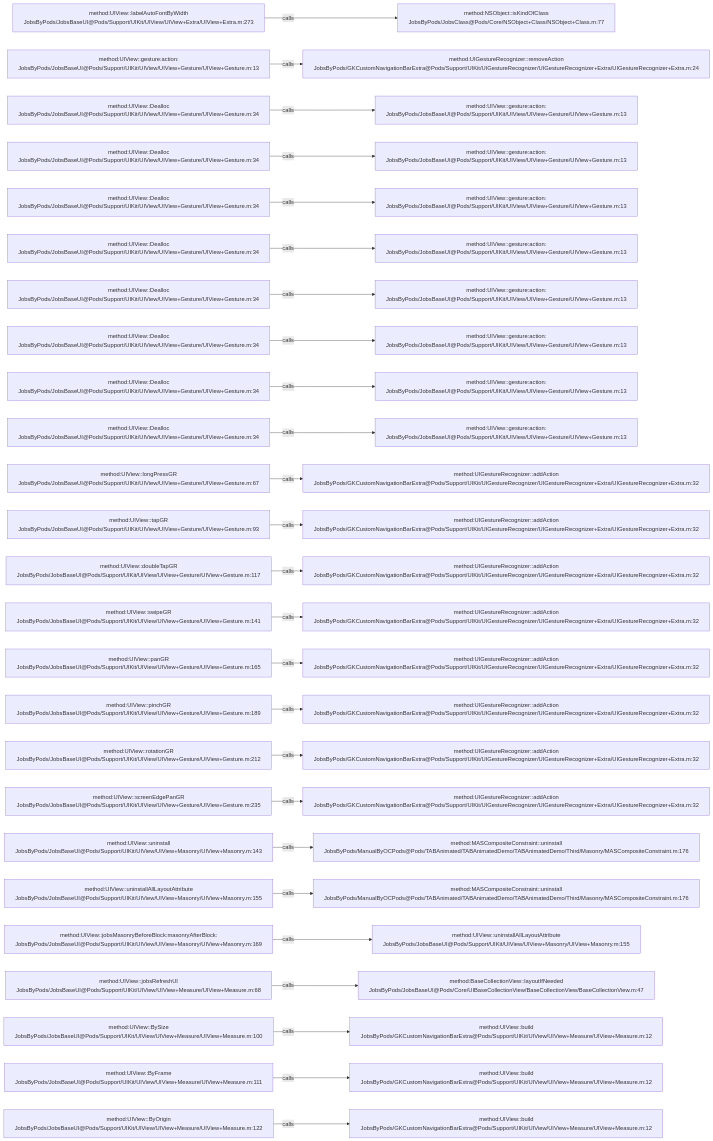
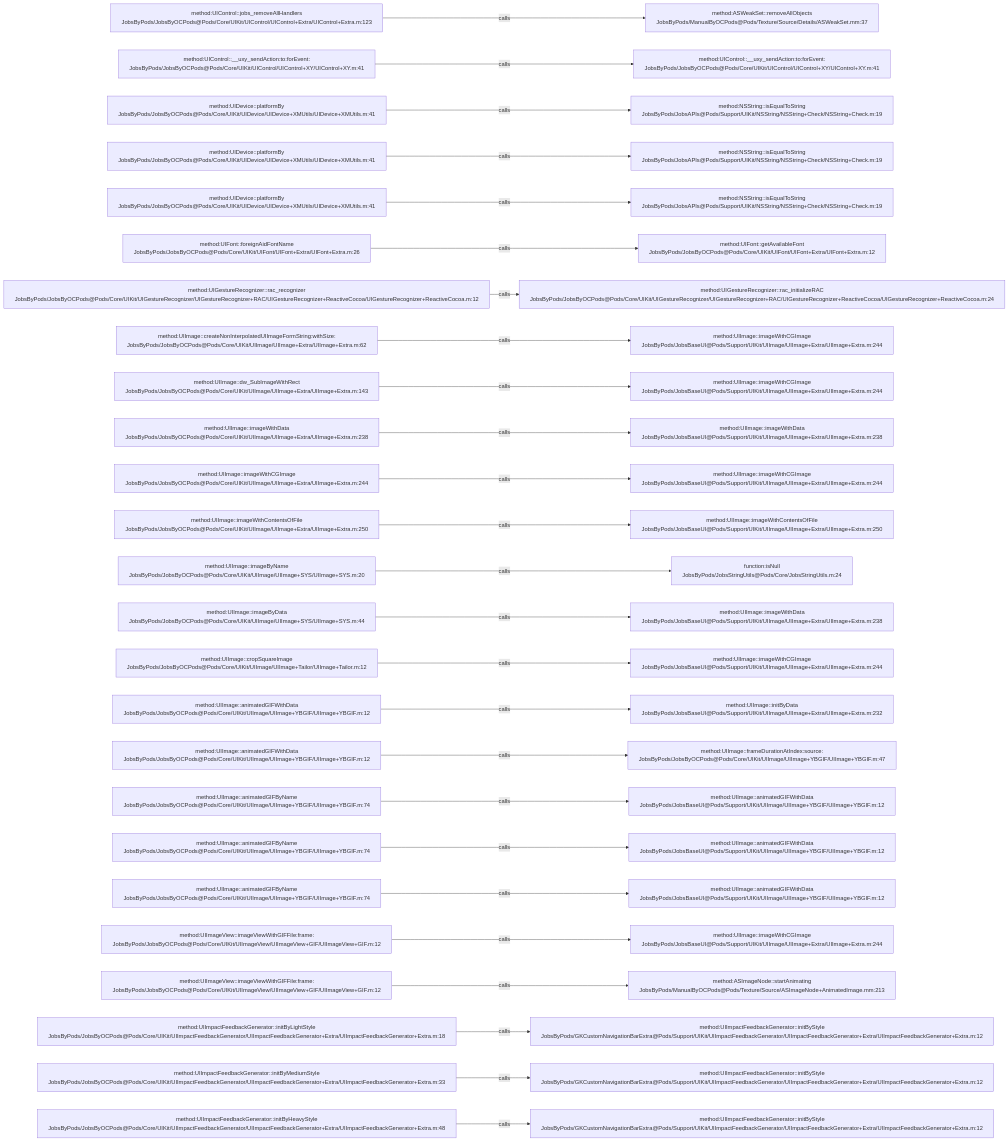
The diagram in .codegraph/codegraph.md/graphs/calls-061.md (JobsKits/JobsOCBaseConfigDemo), drawn with Mermaid before and after one commit. The commit also changed 1026 other files, not shown here.

````diff
--- a/.codegraph/codegraph.md/graphs/calls-061.md
+++ b/.codegraph/codegraph.md/graphs/calls-061.md
@@ -13,78 +13,78 @@
 ```mermaid
 flowchart LR
-  S1["method:UIView::labelAutoFontByWidth<br/>JobsByPods/JobsBaseUI@Pods/Support/UIKit/UIView/UIView+Extra/UIView+Extra.m:273"]
-  T1["method:NSObject::isKindOfClass<br/>JobsByPods/JobsClass@Pods/Core/NSObject+Class/NSObject+Class.m:77"]
+  S1["method:UIControl::jobs_removeAllHandlers<br/>JobsByPods/JobsByOCPods@Pods/Core/UIKit/UIControl/UIControl+Extra/UIControl+Extra.m:123"]
+  T1["method:ASWeakSet::removeAllObjects<br/>JobsByPods/ManualByOCPods@Pods/Texture/Source/Details/ASWeakSet.mm:37"]
   S1 -->|calls| T1
-  S2["method:UIView::gesture:action:<br/>JobsByPods/JobsBaseUI@Pods/Support/UIKit/UIView/UIView+Gesture/UIView+Gesture.m:13"]
-  T2["method:UIGestureRecognizer::removeAction<br/>JobsByPods/GKCustomNavigationBarExtra@Pods/Support/UIKit/UIGestureRecognizer/UIGestureRecognizer+Extra/UIGestureRecognizer+Extra.m:24"]
+  S2["method:UIControl::__uxy_sendAction:to:forEvent:<br/>JobsByPods/JobsByOCPods@Pods/Core/UIKit/UIControl/UIControl+XY/UIControl+XY.m:41"]
+  T2["method:UIControl::__uxy_sendAction:to:forEvent:<br/>JobsByPods/JobsByOCPods@Pods/Core/UIKit/UIControl/UIControl+XY/UIControl+XY.m:41"]
   S2 -->|calls| T2
-  S3["method:UIView::Dealloc<br/>JobsByPods/JobsBaseUI@Pods/Support/UIKit/UIView/UIView+Gesture/UIView+Gesture.m:34"]
-  T3["method:UIView::gesture:action:<br/>JobsByPods/JobsBaseUI@Pods/Support/UIKit/UIView/UIView+Gesture/UIView+Gesture.m:13"]
+  S3["method:UIDevice::platformBy<br/>JobsByPods/JobsByOCPods@Pods/Core/UIKit/UIDevice/UIDevice+XMUtils/UIDevice+XMUtils.m:41"]
+  T3["method:NSString::isEqualToString<br/>JobsByPods/JobsAPIs@Pods/Support/UIKit/NSString/NSString+Check/NSString+Check.m:19"]
   S3 -->|calls| T3
-  S4["method:UIView::Dealloc<br/>JobsByPods/JobsBaseUI@Pods/Support/UIKit/UIView/UIView+Gesture/UIView+Gesture.m:34"]
-  T4["method:UIView::gesture:action:<br/>JobsByPods/JobsBaseUI@Pods/Support/UIKit/UIView/UIView+Gesture/UIView+Gesture.m:13"]
+  S4["method:UIDevice::platformBy<br/>JobsByPods/JobsByOCPods@Pods/Core/UIKit/UIDevice/UIDevice+XMUtils/UIDevice+XMUtils.m:41"]
+  T4["method:NSString::isEqualToString<br/>JobsByPods/JobsAPIs@Pods/Support/UIKit/NSString/NSString+Check/NSString+Check.m:19"]
   S4 -->|calls| T4
-  S5["method:UIView::Dealloc<br/>JobsByPods/JobsBaseUI@Pods/Support/UIKit/UIView/UIView+Gesture/UIView+Gesture.m:34"]
-  T5["method:UIView::gesture:action:<br/>JobsByPods/JobsBaseUI@Pods/Support/UIKit/UIView/UIView+Gesture/UIView+Gesture.m:13"]
+  S5["method:UIDevice::platformBy<br/>JobsByPods/JobsByOCPods@Pods/Core/UIKit/UIDevice/UIDevice+XMUtils/UIDevice+XMUtils.m:41"]
+  T5["method:NSString::isEqualToString<br/>JobsByPods/JobsAPIs@Pods/Support/UIKit/NSString/NSString+Check/NSString+Check.m:19"]
   S5 -->|calls| T5
-  S6["method:UIView::Dealloc<br/>JobsByPods/JobsBaseUI@Pods/Support/UIKit/UIView/UIView+Gesture/UIView+Gesture.m:34"]
-  T6["method:UIView::gesture:action:<br/>JobsByPods/JobsBaseUI@Pods/Support/UIKit/UIView/UIView+Gesture/UIView+Gesture.m:13"]
+  S6["method:UIFont::foreignAidFontName<br/>JobsByPods/JobsByOCPods@Pods/Core/UIKit/UIFont/UIFont+Extra/UIFont+Extra.m:26"]
+  T6["method:UIFont::getAvailableFont<br/>JobsByPods/JobsByOCPods@Pods/Core/UIKit/UIFont/UIFont+Extra/UIFont+Extra.m:12"]
   S6 -->|calls| T6
-  S7["method:UIView::Dealloc<br/>JobsByPods/JobsBaseUI@Pods/Support/UIKit/UIView/UIView+Gesture/UIView+Gesture.m:34"]
-  T7["method:UIView::gesture:action:<br/>JobsByPods/JobsBaseUI@Pods/Support/UIKit/UIView/UIView+Gesture/UIView+Gesture.m:13"]
+  S7["method:UIGestureRecognizer::rac_recognizer<br/>JobsByPods/JobsByOCPods@Pods/Core/UIKit/UIGestureRecognizer/UIGestureRecognizer+RAC/UIGestureRecognizer+ReactiveCocoa/UIGestureRecognizer+ReactiveCocoa.m:12"]
+  T7["method:UIGestureRecognizer::rac_initializeRAC<br/>JobsByPods/JobsByOCPods@Pods/Core/UIKit/UIGestureRecognizer/UIGestureRecognizer+RAC/UIGestureRecognizer+ReactiveCocoa/UIGestureRecognizer+ReactiveCocoa.m:24"]
   S7 -->|calls| T7
-  S8["method:UIView::Dealloc<br/>JobsByPods/JobsBaseUI@Pods/Support/UIKit/UIView/UIView+Gesture/UIView+Gesture.m:34"]
-  T8["method:UIView::gesture:action:<br/>JobsByPods/JobsBaseUI@Pods/Support/UIKit/UIView/UIView+Gesture/UIView+Gesture.m:13"]
+  S8["method:UIImage::createNonInterpolatedUIImageFormString:withSize:<br/>JobsByPods/JobsByOCPods@Pods/Core/UIKit/UIImage/UIImage+Extra/UIImage+Extra.m:62"]
+  T8["method:UIImage::imageWithCGImage<br/>JobsByPods/JobsBaseUI@Pods/Support/UIKit/UIImage/UIImage+Extra/UIImage+Extra.m:244"]
   S8 -->|calls| T8
-  S9["method:UIView::Dealloc<br/>JobsByPods/JobsBaseUI@Pods/Support/UIKit/UIView/UIView+Gesture/UIView+Gesture.m:34"]
-  T9["method:UIView::gesture:action:<br/>JobsByPods/JobsBaseUI@Pods/Support/UIKit/UIView/UIView+Gesture/UIView+Gesture.m:13"]
+  S9["method:UIImage::dw_SubImageWithRect<br/>JobsByPods/JobsByOCPods@Pods/Core/UIKit/UIImage/UIImage+Extra/UIImage+Extra.m:143"]
+  T9["method:UIImage::imageWithCGImage<br/>JobsByPods/JobsBaseUI@Pods/Support/UIKit/UIImage/UIImage+Extra/UIImage+Extra.m:244"]
   S9 -->|calls| T9
-  S10["method:UIView::Dealloc<br/>JobsByPods/JobsBaseUI@Pods/Support/UIKit/UIView/UIView+Gesture/UIView+Gesture.m:34"]
-  T10["method:UIView::gesture:action:<br/>JobsByPods/JobsBaseUI@Pods/Support/UIKit/UIView/UIView+Gesture/UIView+Gesture.m:13"]
+  S10["method:UIImage::imageWithData<br/>JobsByPods/JobsByOCPods@Pods/Core/UIKit/UIImage/UIImage+Extra/UIImage+Extra.m:238"]
+  T10["method:UIImage::imageWithData<br/>JobsByPods/JobsBaseUI@Pods/Support/UIKit/UIImage/UIImage+Extra/UIImage+Extra.m:238"]
   S10 -->|calls| T10
-  S11["method:UIView::longPressGR<br/>JobsByPods/JobsBaseUI@Pods/Support/UIKit/UIView/UIView+Gesture/UIView+Gesture.m:67"]
-  T11["method:UIGestureRecognizer::addAction<br/>JobsByPods/GKCustomNavigationBarExtra@Pods/Support/UIKit/UIGestureRecognizer/UIGestureRecognizer+Extra/UIGestureRecognizer+Extra.m:32"]
+  S11["method:UIImage::imageWithCGImage<br/>JobsByPods/JobsByOCPods@Pods/Core/UIKit/UIImage/UIImage+Extra/UIImage+Extra.m:244"]
+  T11["method:UIImage::imageWithCGImage<br/>JobsByPods/JobsBaseUI@Pods/Support/UIKit/UIImage/UIImage+Extra/UIImage+Extra.m:244"]
   S11 -->|calls| T11
-  S12["method:UIView::tapGR<br/>JobsByPods/JobsBaseUI@Pods/Support/UIKit/UIView/UIView+Gesture/UIView+Gesture.m:93"]
-  T12["method:UIGestureRecognizer::addAction<br/>JobsByPods/GKCustomNavigationBarExtra@Pods/Support/UIKit/UIGestureRecognizer/UIGestureRecognizer+Extra/UIGestureRecognizer+Extra.m:32"]
+  S12["method:UIImage::imageWithContentsOfFile<br/>JobsByPods/JobsByOCPods@Pods/Core/UIKit/UIImage/UIImage+Extra/UIImage+Extra.m:250"]
+  T12["method:UIImage::imageWithContentsOfFile<br/>JobsByPods/JobsBaseUI@Pods/Support/UIKit/UIImage/UIImage+Extra/UIImage+Extra.m:250"]
   S12 -->|calls| T12
-  S13["method:UIView::doubleTapGR<br/>JobsByPods/JobsBaseUI@Pods/Support/UIKit/UIView/UIView+Gesture/UIView+Gesture.m:117"]
-  T13["method:UIGestureRecognizer::addAction<br/>JobsByPods/GKCustomNavigationBarExtra@Pods/Support/UIKit/UIGestureRecognizer/UIGestureRecognizer+Extra/UIGestureRecognizer+Extra.m:32"]
+  S13["method:UIImage::imageByName<br/>JobsByPods/JobsByOCPods@Pods/Core/UIKit/UIImage/UIImage+SYS/UIImage+SYS.m:20"]
+  T13["function:isNull<br/>JobsByPods/JobsStringUtils@Pods/Core/JobsStringUtils.m:24"]
   S13 -->|calls| T13
-  S14["method:UIView::swipeGR<br/>JobsByPods/JobsBaseUI@Pods/Support/UIKit/UIView/UIView+Gesture/UIView+Gesture.m:141"]
-  T14["method:UIGestureRecognizer::addAction<br/>JobsByPods/GKCustomNavigationBarExtra@Pods/Support/UIKit/UIGestureRecognizer/UIGestureRecognizer+Extra/UIGestureRecognizer+Extra.m:32"]
+  S14["method:UIImage::imageByData<br/>JobsByPods/JobsByOCPods@Pods/Core/UIKit/UIImage/UIImage+SYS/UIImage+SYS.m:44"]
+  T14["method:UIImage::imageWithData<br/>JobsByPods/JobsBaseUI@Pods/Support/UIKit/UIImage/UIImage+Extra/UIImage+Extra.m:238"]
   S14 -->|calls| T14
-  S15["method:UIView::panGR<br/>JobsByPods/JobsBaseUI@Pods/Support/UIKit/UIView/UIView+Gesture/UIView+Gesture.m:165"]
-  T15["method:UIGestureRecognizer::addAction<br/>JobsByPods/GKCustomNavigationBarExtra@Pods/Support/UIKit/UIGestureRecognizer/UIGestureRecognizer+Extra/UIGestureRecognizer+Extra.m:32"]
+  S15["method:UIImage::cropSquareImage<br/>JobsByPods/JobsByOCPods@Pods/Core/UIKit/UIImage/UIImage+Tailor/UIImage+Tailor.m:12"]
+  T15["method:UIImage::imageWithCGImage<br/>JobsByPods/JobsBaseUI@Pods/Support/UIKit/UIImage/UIImage+Extra/UIImage+Extra.m:244"]
   S15 -->|calls| T15
-  S16["method:UIView::pinchGR<br/>JobsByPods/JobsBaseUI@Pods/Support/UIKit/UIView/UIView+Gesture/UIView+Gesture.m:189"]
-  T16["method:UIGestureRecognizer::addAction<br/>JobsByPods/GKCustomNavigationBarExtra@Pods/Support/UIKit/UIGestureRecognizer/UIGestureRecognizer+Extra/UIGestureRecognizer+Extra.m:32"]
+  S16["method:UIImage::animatedGIFWithData<br/>JobsByPods/JobsByOCPods@Pods/Core/UIKit/UIImage/UIImage+YBGIF/UIImage+YBGIF.m:12"]
+  T16["method:UIImage::initByData<br/>JobsByPods/JobsBaseUI@Pods/Support/UIKit/UIImage/UIImage+Extra/UIImage+Extra.m:232"]
   S16 -->|calls| T16
-  S17["method:UIView::rotationGR<br/>JobsByPods/JobsBaseUI@Pods/Support/UIKit/UIView/UIView+Gesture/UIView+Gesture.m:212"]
-  T17["method:UIGestureRecognizer::addAction<br/>JobsByPods/GKCustomNavigationBarExtra@Pods/Support/UIKit/UIGestureRecognizer/UIGestureRecognizer+Extra/UIGestureRecognizer+Extra.m:32"]
+  S17["method:UIImage::animatedGIFWithData<br/>JobsByPods/JobsByOCPods@Pods/Core/UIKit/UIImage/UIImage+YBGIF/UIImage+YBGIF.m:12"]
+  T17["method:UIImage::frameDurationAtIndex:source:<br/>JobsByPods/JobsByOCPods@Pods/Core/UIKit/UIImage/UIImage+YBGIF/UIImage+YBGIF.m:47"]
   S17 -->|calls| T17
-  S18["method:UIView::screenEdgePanGR<br/>JobsByPods/JobsBaseUI@Pods/Support/UIKit/UIView/UIView+Gesture/UIView+Gesture.m:235"]
-  T18["method:UIGestureRecognizer::addAction<br/>JobsByPods/GKCustomNavigationBarExtra@Pods/Support/UIKit/UIGestureRecognizer/UIGestureRecognizer+Extra/UIGestureRecognizer+Extra.m:32"]
+  S18["method:UIImage::animatedGIFByName<br/>JobsByPods/JobsByOCPods@Pods/Core/UIKit/UIImage/UIImage+YBGIF/UIImage+YBGIF.m:74"]
+  T18["method:UIImage::animatedGIFWithData<br/>JobsByPods/JobsBaseUI@Pods/Support/UIKit/UIImage/UIImage+YBGIF/UIImage+YBGIF.m:12"]
   S18 -->|calls| T18
-  S19["method:UIView::uninstall<br/>JobsByPods/JobsBaseUI@Pods/Support/UIKit/UIView/UIView+Masonry/UIView+Masonry.m:143"]
-  T19["method:MASCompositeConstraint::uninstall<br/>JobsByPods/ManualByOCPods@Pods/TABAnimated/TABAnimatedDemo/TABAnimatedDemo/Third/Masonry/MASCompositeConstraint.m:176"]
+  S19["method:UIImage::animatedGIFByName<br/>JobsByPods/JobsByOCPods@Pods/Core/UIKit/UIImage/UIImage+YBGIF/UIImage+YBGIF.m:74"]
+  T19["method:UIImage::animatedGIFWithData<br/>JobsByPods/JobsBaseUI@Pods/Support/UIKit/UIImage/UIImage+YBGIF/UIImage+YBGIF.m:12"]
   S19 -->|calls| T19
-  S20["method:UIView::uninstallAllLayoutAttribute<br/>JobsByPods/JobsBaseUI@Pods/Support/UIKit/UIView/UIView+Masonry/UIView+Masonry.m:155"]
-  T20["method:MASCompositeConstraint::uninstall<br/>JobsByPods/ManualByOCPods@Pods/TABAnimated/TABAnimatedDemo/TABAnimatedDemo/Third/Masonry/MASCompositeConstraint.m:176"]
+  S20["method:UIImage::animatedGIFByName<br/>JobsByPods/JobsByOCPods@Pods/Core/UIKit/UIImage/UIImage+YBGIF/UIImage+YBGIF.m:74"]
+  T20["method:UIImage::animatedGIFWithData<br/>JobsByPods/JobsBaseUI@Pods/Support/UIKit/UIImage/UIImage+YBGIF/UIImage+YBGIF.m:12"]
   S20 -->|calls| T20
-  S21["method:UIView::jobsMasonryBeforeBlock:masonryAfterBlock:<br/>JobsByPods/JobsBaseUI@Pods/Support/UIKit/UIView/UIView+Masonry/UIView+Masonry.m:169"]
-  T21["method:UIView::uninstallAllLayoutAttribute<br/>JobsByPods/JobsBaseUI@Pods/Support/UIKit/UIView/UIView+Masonry/UIView+Masonry.m:155"]
+  S21["method:UIImageView::imageViewWithGIFFile:frame:<br/>JobsByPods/JobsByOCPods@Pods/Core/UIKit/UIImageView/UIImageView+GIF/UIImageView+GIF.m:12"]
+  T21["method:UIImage::imageWithCGImage<br/>JobsByPods/JobsBaseUI@Pods/Support/UIKit/UIImage/UIImage+Extra/UIImage+Extra.m:244"]
   S21 -->|calls| T21
-  S22["method:UIView::jobsRefreshUI<br/>JobsByPods/JobsBaseUI@Pods/Support/UIKit/UIView/UIView+Measure/UIView+Measure.m:68"]
-  T22["method:BaseCollectionView::layoutIfNeeded<br/>JobsByPods/JobsBaseUI@Pods/Core/UIBaseCollectionView/BaseCollectionView/BaseCollectionView.m:47"]
+  S22["method:UIImageView::imageViewWithGIFFile:frame:<br/>JobsByPods/JobsByOCPods@Pods/Core/UIKit/UIImageView/UIImageView+GIF/UIImageView+GIF.m:12"]
+  T22["method:ASImageNode::startAnimating<br/>JobsByPods/ManualByOCPods@Pods/Texture/Source/ASImageNode+AnimatedImage.mm:213"]
   S22 -->|calls| T22
-  S23["method:UIView::BySize<br/>JobsByPods/JobsBaseUI@Pods/Support/UIKit/UIView/UIView+Measure/UIView+Measure.m:100"]
-  T23["method:UIView::build<br/>JobsByPods/GKCustomNavigationBarExtra@Pods/Support/UIKit/UIView/UIView+Measure/UIView+Measure.m:12"]
+  S23["method:UIImpactFeedbackGenerator::initByLightStyle<br/>JobsByPods/JobsByOCPods@Pods/Core/UIKit/UIImpactFeedbackGenerator/UIImpactFeedbackGenerator+Extra/UIImpactFeedbackGenerator+Extra.m:18"]
+  T23["method:UIImpactFeedbackGenerator::initByStyle<br/>JobsByPods/GKCustomNavigationBarExtra@Pods/Support/UIKit/UIImpactFeedbackGenerator/UIImpactFeedbackGenerator+Extra/UIImpactFeedbackGenerator+Extra.m:12"]
   S23 -->|calls| T23
-  S24["method:UIView::ByFrame<br/>JobsByPods/JobsBaseUI@Pods/Support/UIKit/UIView/UIView+Measure/UIView+Measure.m:111"]
-  T24["method:UIView::build<br/>JobsByPods/GKCustomNavigationBarExtra@Pods/Support/UIKit/UIView/UIView+Measure/UIView+Measure.m:12"]
+  S24["method:UIImpactFeedbackGenerator::initByMediumStyle<br/>JobsByPods/JobsByOCPods@Pods/Core/UIKit/UIImpactFeedbackGenerator/UIImpactFeedbackGenerator+Extra/UIImpactFeedbackGenerator+Extra.m:33"]
+  T24["method:UIImpactFeedbackGenerator::initByStyle<br/>JobsByPods/GKCustomNavigationBarExtra@Pods/Support/UIKit/UIImpactFeedbackGenerator/UIImpactFeedbackGenerator+Extra/UIImpactFeedbackGenerator+Extra.m:12"]
   S24 -->|calls| T24
-  S25["method:UIView::ByOrigin<br/>JobsByPods/JobsBaseUI@Pods/Support/UIKit/UIView/UIView+Measure/UIView+Measure.m:122"]
-  T25["method:UIView::build<br/>JobsByPods/GKCustomNavigationBarExtra@Pods/Support/UIKit/UIView/UIView+Measure/UIView+Measure.m:12"]
+  S25["method:UIImpactFeedbackGenerator::initByHeavyStyle<br/>JobsByPods/JobsByOCPods@Pods/Core/UIKit/UIImpactFeedbackGenerator/UIImpactFeedbackGenerator+Extra/UIImpactFeedbackGenerator+Extra.m:48"]
+  T25["method:UIImpactFeedbackGenerator::initByStyle<br/>JobsByPods/GKCustomNavigationBarExtra@Pods/Support/UIKit/UIImpactFeedbackGenerator/UIImpactFeedbackGenerator+Extra/UIImpactFeedbackGenerator+Extra.m:12"]
   S25 -->|calls| T25
 ```
````
